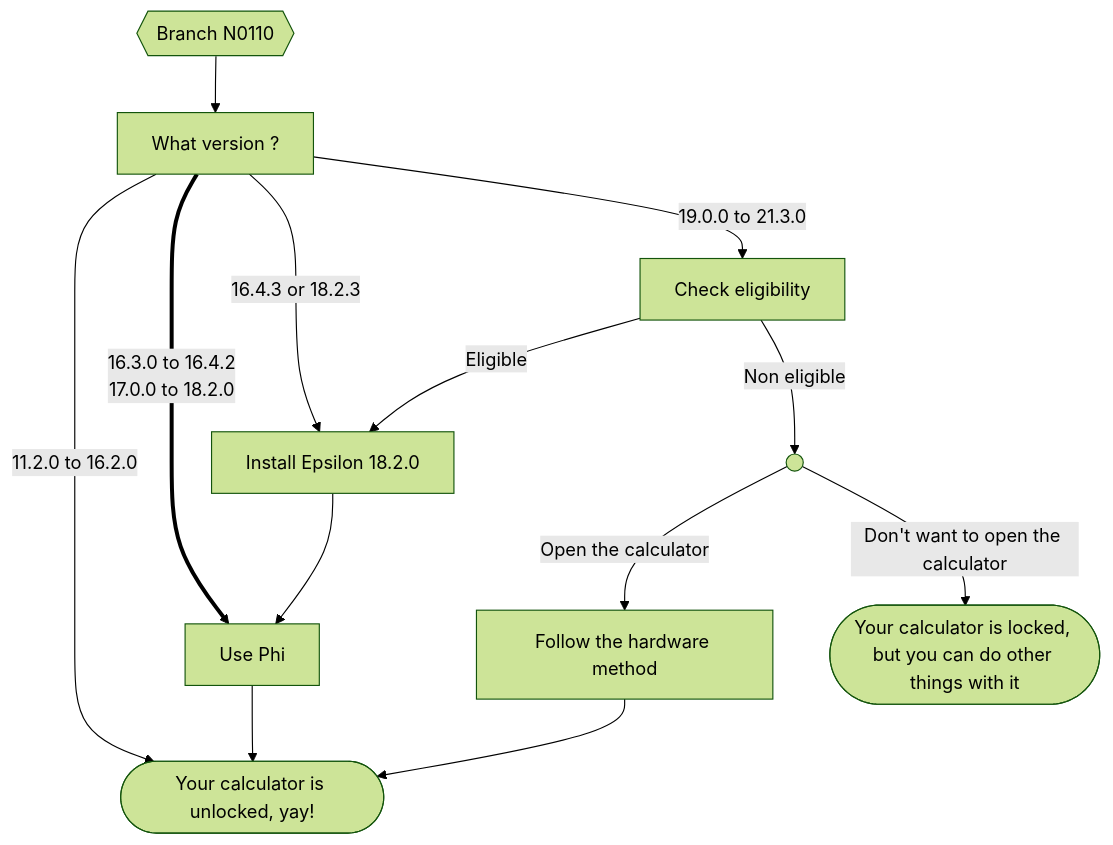
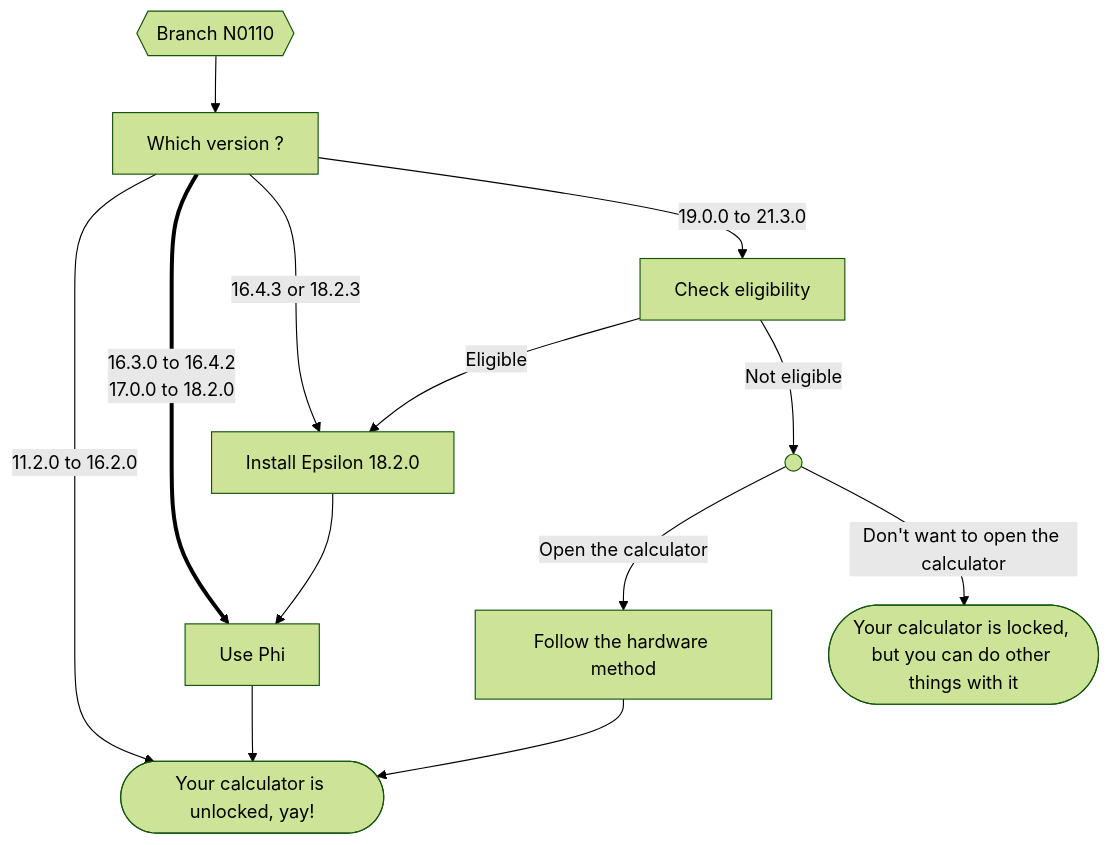
Before and after one commit to Omega-Numworks/Omega-Guide: the second of 3 diagrams in docs/flowchart.md, drawn with Mermaid (forest theme). The commit also changed other lines of this file and 21 other files, not shown here.

````diff
--- a/docs/flowchart.md
+++ b/docs/flowchart.md
@@ -38,23 +34,23 @@
 ```mermaid
 flowchart TD
     calc_unlocked([Your calculator is unlocked, yay!])
     calc_locked([Your calculator is locked, but you can do other things with it])
-    start{{Branch N0110}} --> check_version[What version ?]
+    start{{Branch N0110}} --> check_version[Which version ?]
     check_version --11.2.0 to 16.2.0--> calc_unlocked
     check_version ==16.3.0 to 16.4.2\n17.0.0 to 18.2.0==> phi[Use Phi]
     check_version --16.4.3 or 18.2.3--> install_18_2_0[Install Epsilon 18.2.0]
     check_version --19.0.0 to 21.3.0--> downgrade_check[Check eligibility]
     downgrade_check --Eligible--> install_18_2_0
-    downgrade_check --Non eligible--> downgrade_fail(( )) --Open the calculator--> hardware_method[Follow the hardware method]
+    downgrade_check --Not eligible--> downgrade_fail(( )) --Open the calculator--> hardware_method[Follow the hardware method]
     downgrade_fail --Don't want to open the calculator--> calc_locked
     install_18_2_0 --> phi
     phi & hardware_method --> calc_unlocked
 
     click check_version "./n0110/n0110-is-locked"
     click downgrade_check "./n0110/phi/check-version-change-eligibility"
     click install_18_2_0 "./n0110/phi/install-epsilon-18-2-0"
     click phi "./n0110/phi"
     click hardware_method "./n0110/hardware/n0110-hardware-unlock"
     click calc_locked "./no-custom/what-to-do-locked"
     click calc_unlocked "./cfw/choose-a-cfw"
 ```
````
